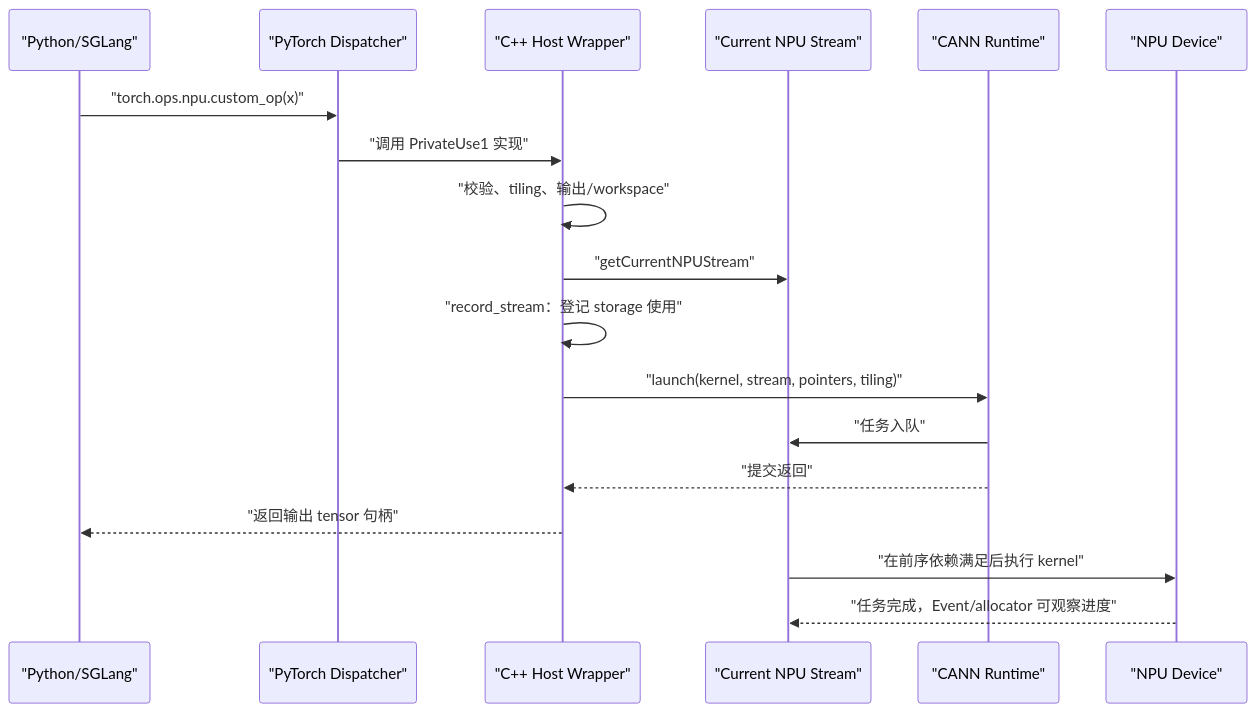
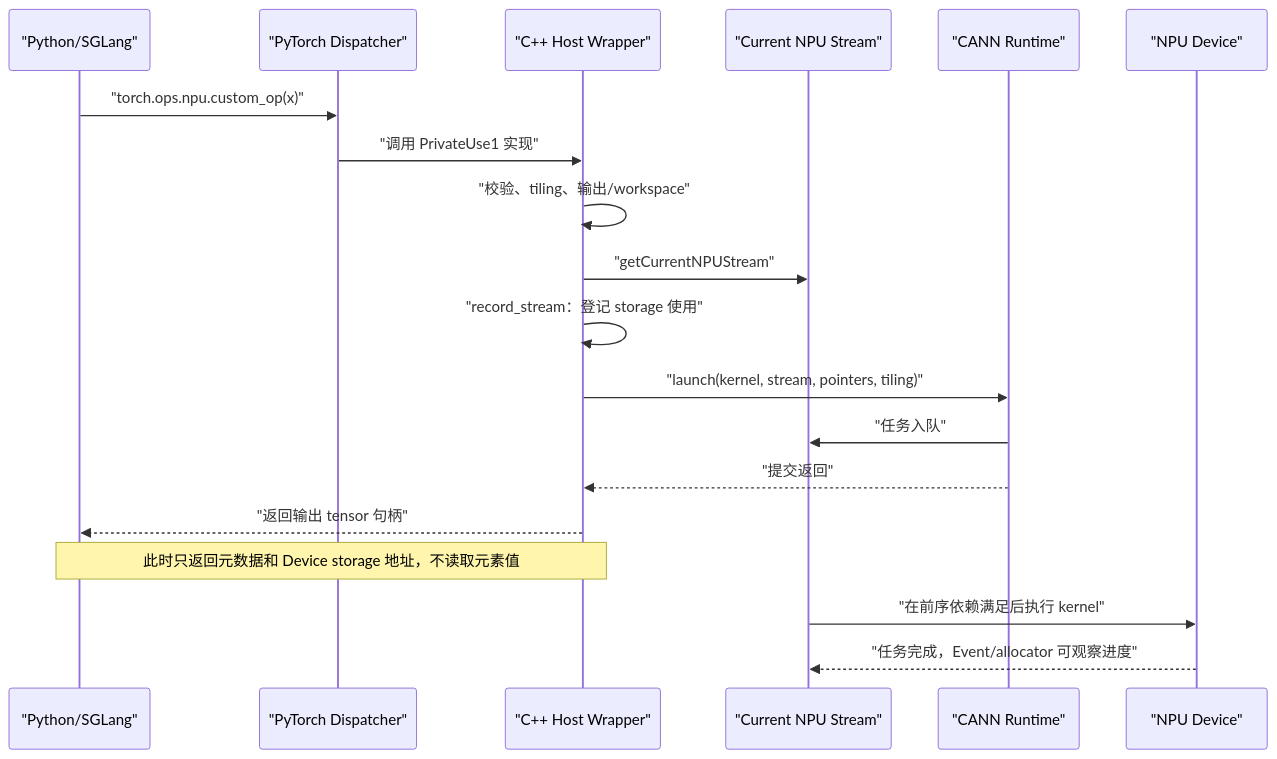
Before and after one commit to cl-vv-h/SGLang_Tutor: the fifth of 5 diagrams in learning/zh/ascend-kernel-infra/torch_npu/02-stream-events-and-graph-capture.md, drawn with Mermaid. The commit also changed other lines of this file and 9 other files, not shown here.

Commit message:
docs: deepen NPU events and graph execution

````diff
--- a/learning/zh/ascend-kernel-infra/torch_npu/02-stream-events-and-graph-capture.md
+++ b/learning/zh/ascend-kernel-infra/torch_npu/02-stream-events-and-graph-capture.md
@@ -663,20 +742,21 @@
 ```mermaid
 sequenceDiagram
   participant P as "Python/SGLang"
   participant D as "PyTorch Dispatcher"
   participant W as "C++ Host Wrapper"
   participant S as "Current NPU Stream"
   participant R as "CANN Runtime"
   participant N as "NPU Device"
   P->>D: "torch.ops.npu.custom_op(x)"
   D->>W: "调用 PrivateUse1 实现"
   W->>W: "校验、tiling、输出/workspace"
   W->>S: "getCurrentNPUStream"
   W->>W: "record_stream：登记 storage 使用"
   W->>R: "launch(kernel, stream, pointers, tiling)"
   R->>S: "任务入队"
   R-->>W: "提交返回"
   W-->>P: "返回输出 tensor 句柄"
+  Note over P,W: 此时只返回元数据和 Device storage 地址，不读取元素值
   S->>N: "在前序依赖满足后执行 kernel"
   N-->>S: "任务完成，Event/allocator 可观察进度"
 ```
````
